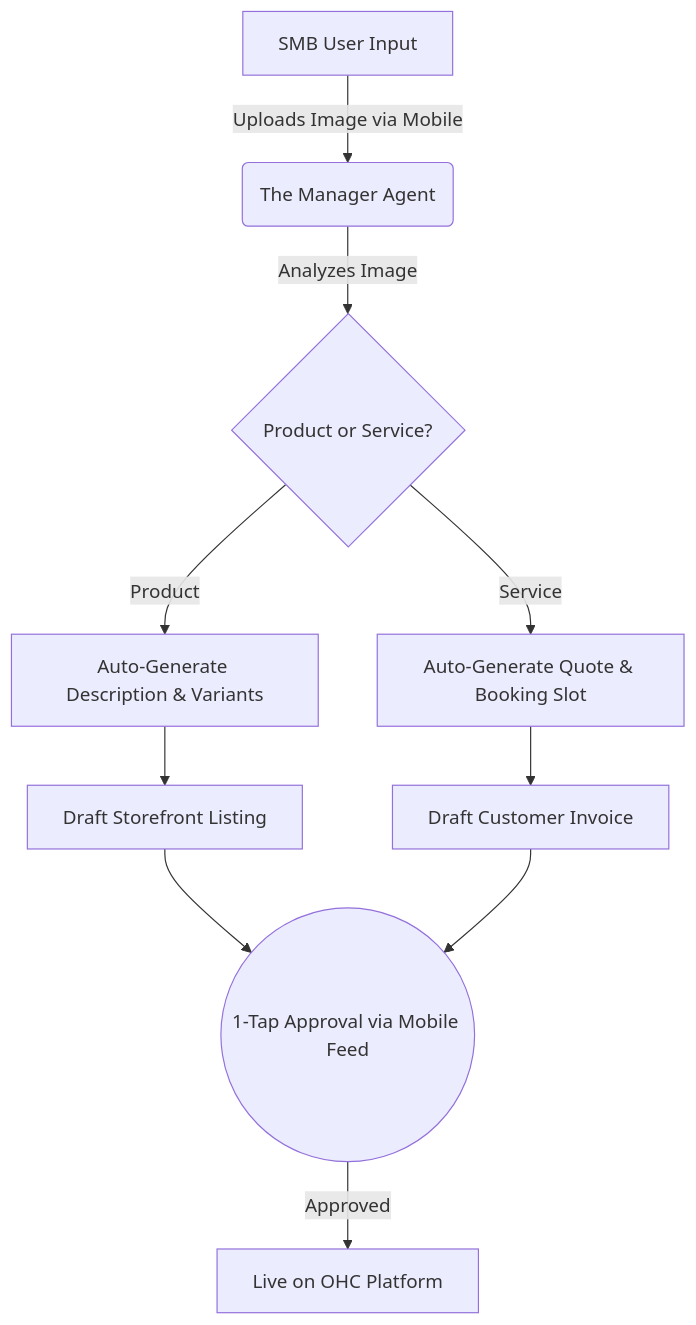
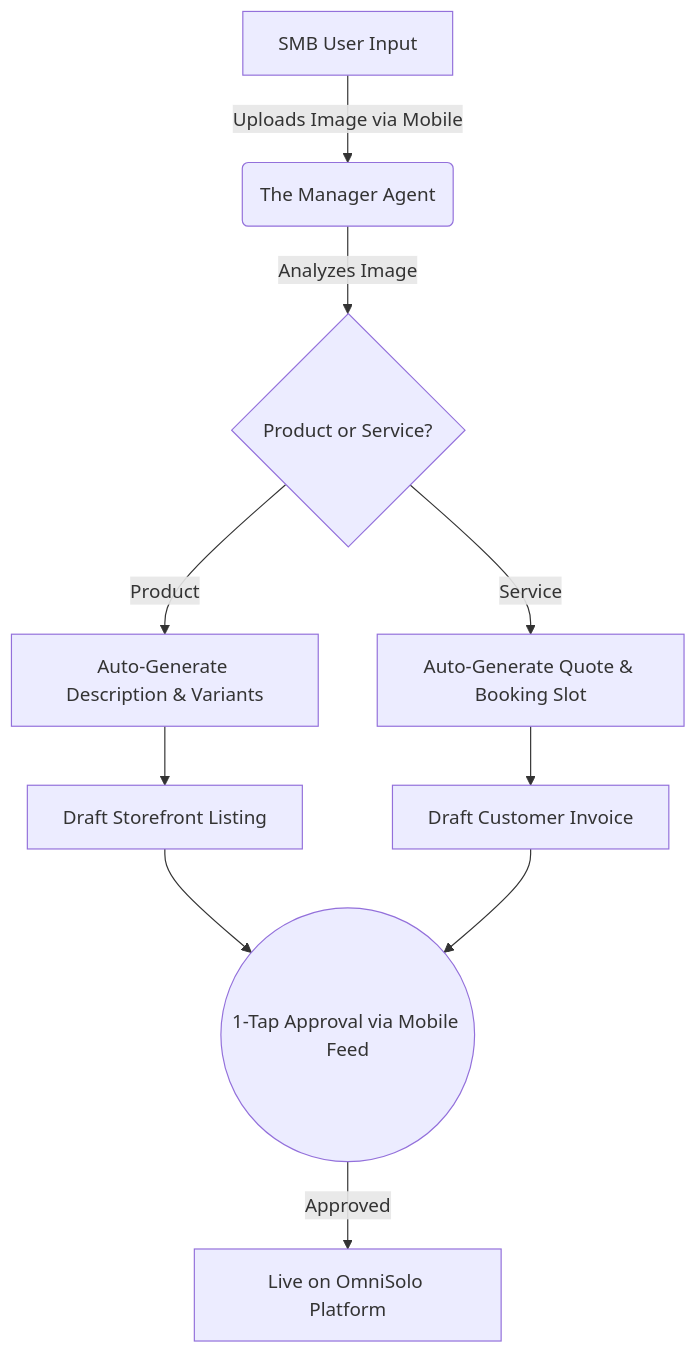
One commit to omnisolo-llc/onehumancorp changed the diagram in docs/research/[research]_smb_platform_market_gap.md. Above: the diagram before and after it, drawn with Mermaid. The commit also changed other lines of this file and 2191 other files, not shown here.

Commit message:
feat: complete OmniSolo rename and browser audit

````diff
--- a/docs/research/[research]_smb_platform_market_gap.md
+++ b/docs/research/[research]_smb_platform_market_gap.md
@@ -85,12 +85,12 @@
 ```mermaid
 graph TD
     A[SMB User Input] -->|Uploads Image via Mobile| B(The Manager Agent)
     B -->|Analyzes Image| C{Product or Service?}
     C -->|Product| D[Auto-Generate Description & Variants]
     C -->|Service| E[Auto-Generate Quote & Booking Slot]
     D --> F[Draft Storefront Listing]
     E --> G[Draft Customer Invoice]
     F --> H((1-Tap Approval via Mobile Feed))
     G --> H
-    H -->|Approved| I[Live on OHC Platform]
+    H -->|Approved| I[Live on OmniSolo Platform]
 ```
````
